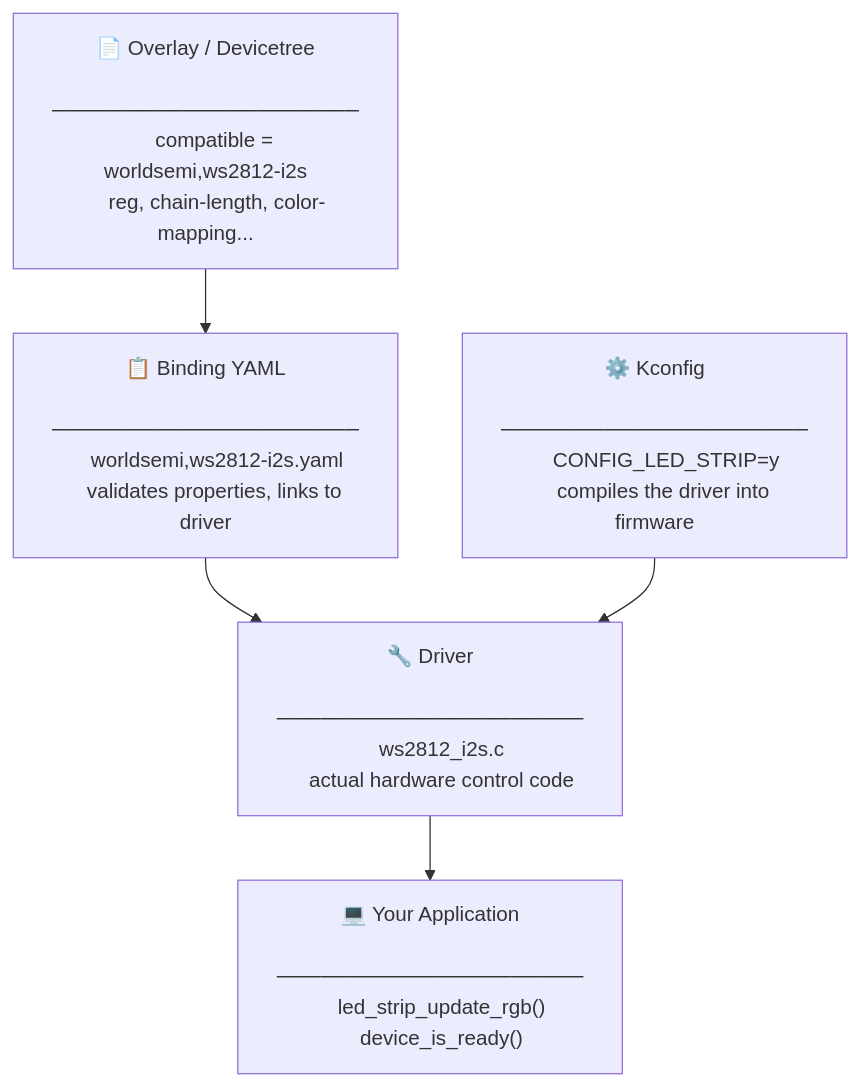
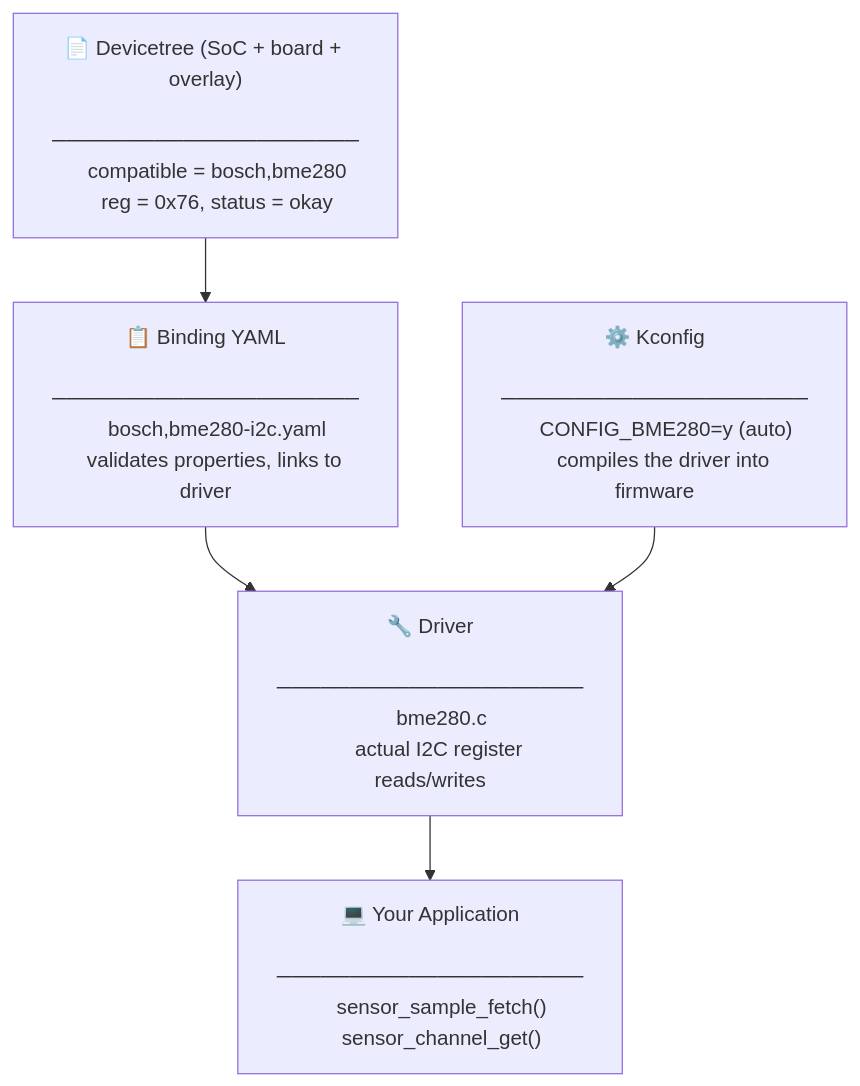
Before and after one commit to huunghiaspkt/huunghiaspkt.github.io: the diagram in docs/zephyr-training/03_intermediate/zephyr-layers.md, drawn with Mermaid. The commit also changed other lines of this file and 14 other files, not shown here.

````diff
--- a/docs/zephyr-training/03_intermediate/zephyr-layers.md
+++ b/docs/zephyr-training/03_intermediate/zephyr-layers.md
@@ -38,32 +66,32 @@
 ```mermaid
 graph TD
-    A["📄 Overlay / Devicetree
+    A["📄 Devicetree (SoC + board + overlay)
     ─────────────────────
-    compatible = worldsemi,ws2812-i2s
-    reg, chain-length, color-mapping..."]
+    compatible = bosch,bme280
+    reg = 0x76, status = okay"]
 
     B["📋 Binding YAML
     ─────────────────────
-    worldsemi,ws2812-i2s.yaml
+    bosch,bme280-i2c.yaml
     validates properties, links to driver"]
 
     C["⚙️ Kconfig
     ─────────────────────
-    CONFIG_LED_STRIP=y
+    CONFIG_BME280=y (auto)
     compiles the driver into firmware"]
 
     D["🔧 Driver
     ─────────────────────
-    ws2812_i2s.c
-    actual hardware control code"]
+    bme280.c
+    actual I2C register reads/writes"]
 
     E["💻 Your Application
     ─────────────────────
-    led_strip_update_rgb()
-    device_is_ready()"]
+    sensor_sample_fetch()
+    sensor_channel_get()"]
 
     A --> B
     B --> D
     C --> D
     D --> E
 ```
````
